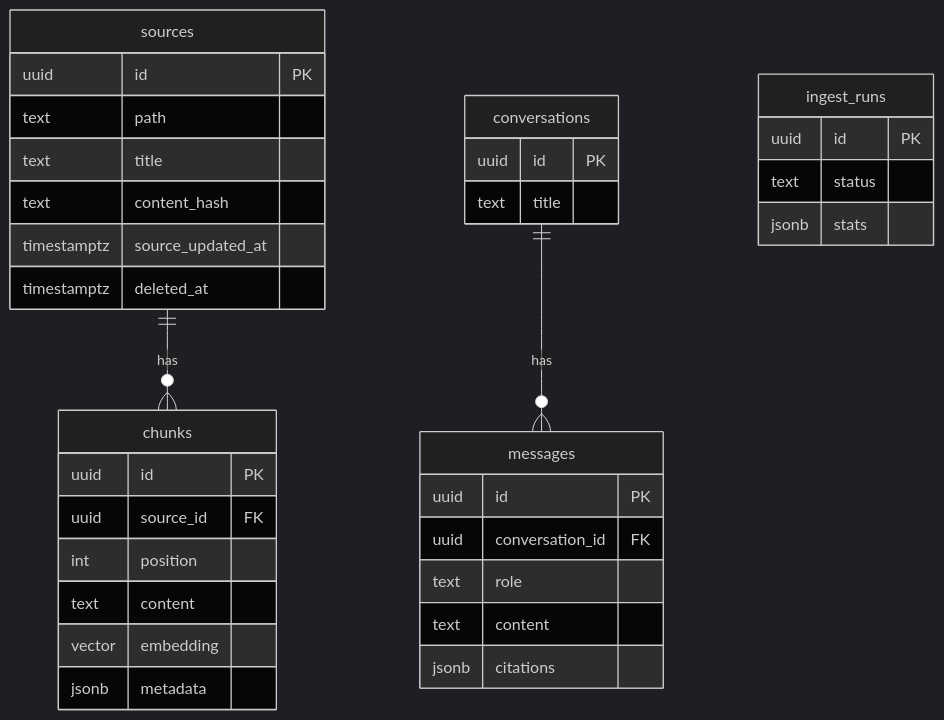
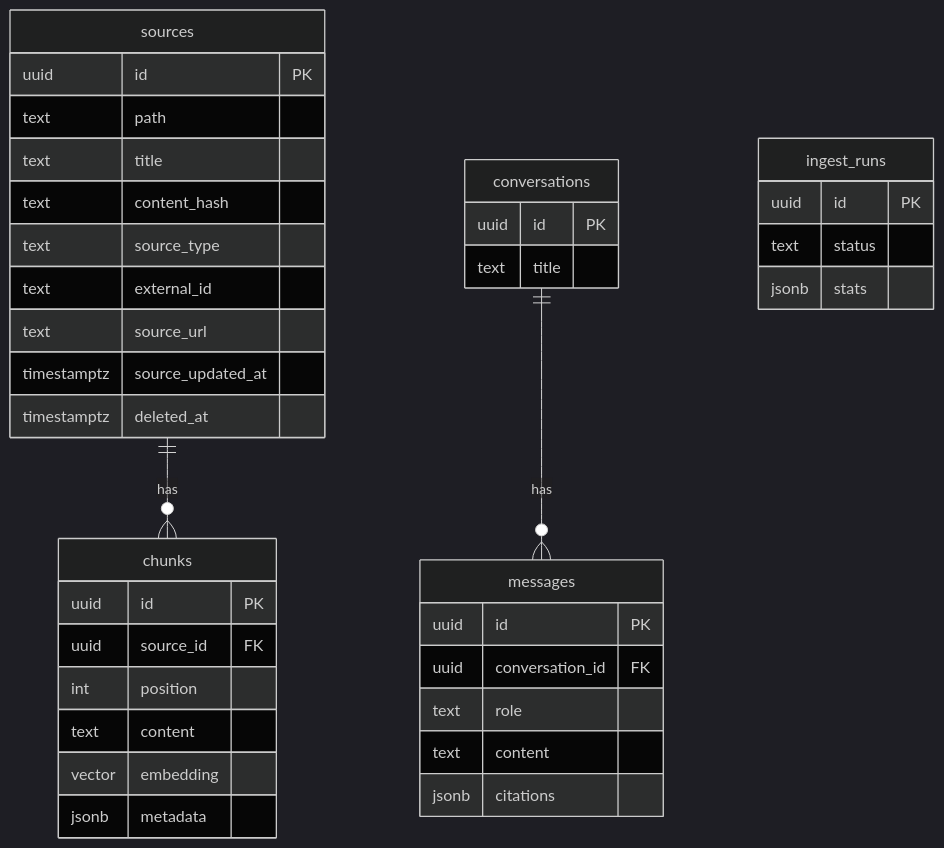
The diagram in docs/db_design.md (mskzuki/private_rag_apps), drawn with Mermaid (dark theme) before and after one commit. The commit also changed other lines of this file and 1 other file, not shown here.

First line of the commit message:
docs(architecture): M9のGoogle Drive取り込みをarchitecture.md/db_design.mdへ反映する

````diff
--- a/docs/db_design.md
+++ b/docs/db_design.md
@@ -40,38 +40,41 @@
 ```mermaid
 erDiagram
     sources ||--o{ chunks : has
     conversations ||--o{ messages : has
 
     sources {
         uuid id PK
         text path
         text title
         text content_hash
+        text source_type
+        text external_id
+        text source_url
         timestamptz source_updated_at
         timestamptz deleted_at
     }
     chunks {
         uuid id PK
         uuid source_id FK
         int position
         text content
         vector embedding
         jsonb metadata
     }
     conversations {
         uuid id PK
         text title
     }
     messages {
         uuid id PK
         uuid conversation_id FK
         text role
         text content
         jsonb citations
     }
     ingest_runs {
         uuid id PK
         text status
         jsonb stats
     }
 ```
````
